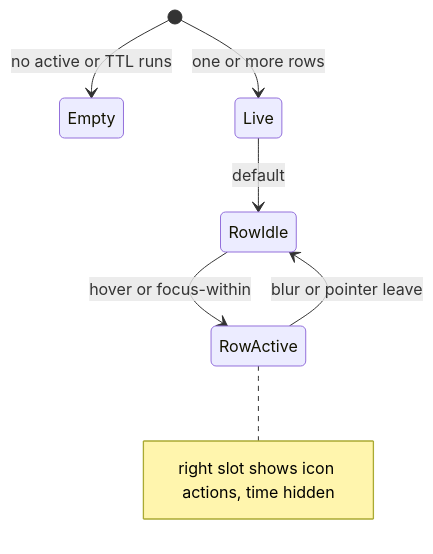
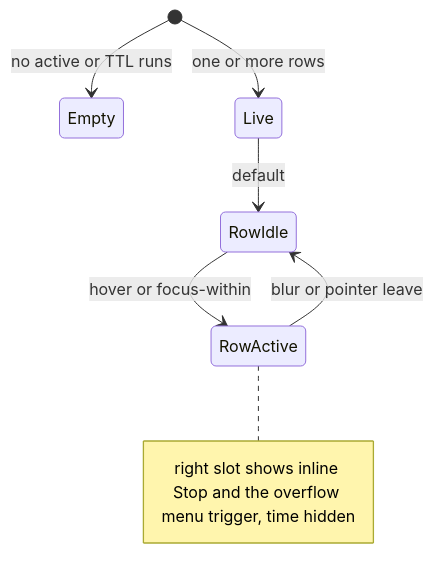
One commit to maister-dev/maister changed the second of 2 diagrams in docs/screens/chrome/active-workspaces.md. Above: the diagram before and after it, drawn with Mermaid. The commit also changed other lines of this file and 2 other files, not shown here.

Commit message:
docs: spec active-workspaces rail actions redesign (combined ops, agent stop, menu)

````diff
--- a/docs/screens/chrome/active-workspaces.md
+++ b/docs/screens/chrome/active-workspaces.md
@@ -114,11 +143,11 @@
 ```mermaid
 stateDiagram-v2
     [*] --> Empty: no active or TTL runs
     [*] --> Live: one or more rows
     Live --> RowIdle: default
     RowIdle --> RowActive: hover or focus-within
     RowActive --> RowIdle: blur or pointer leave
     note right of RowActive
-      right slot shows icon actions, time hidden
+      right slot shows inline Stop and the overflow menu trigger, time hidden
     end note
 ```
````
